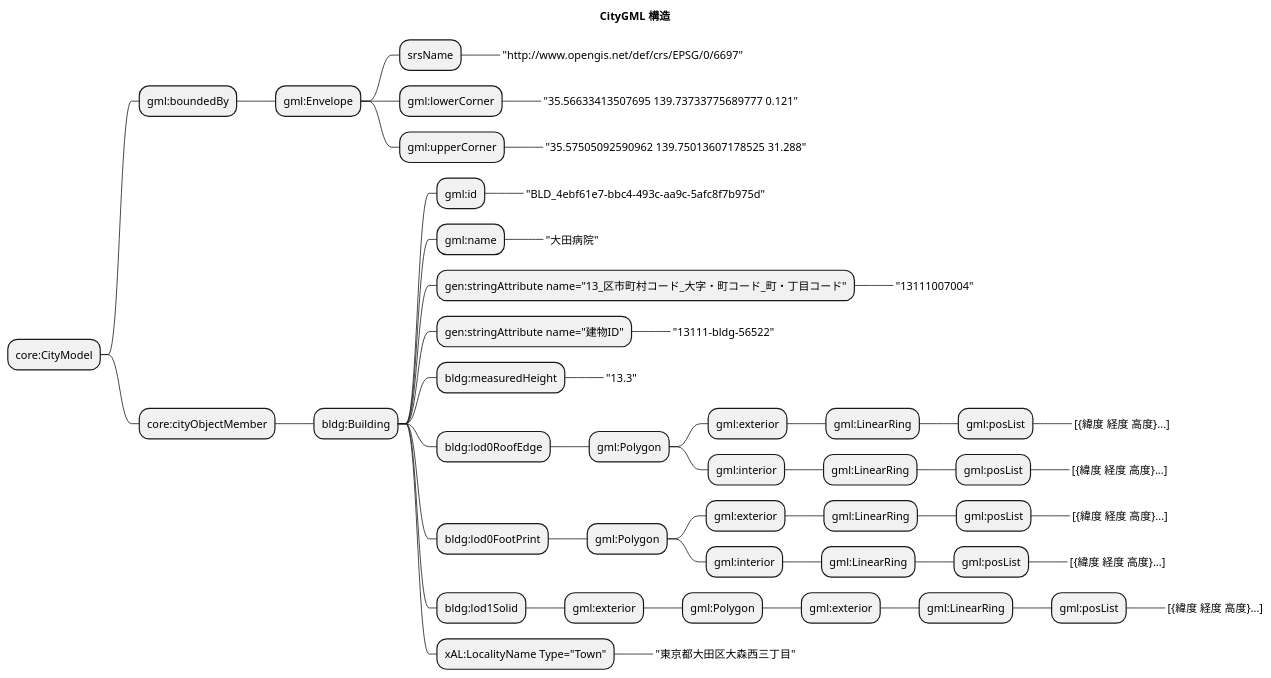
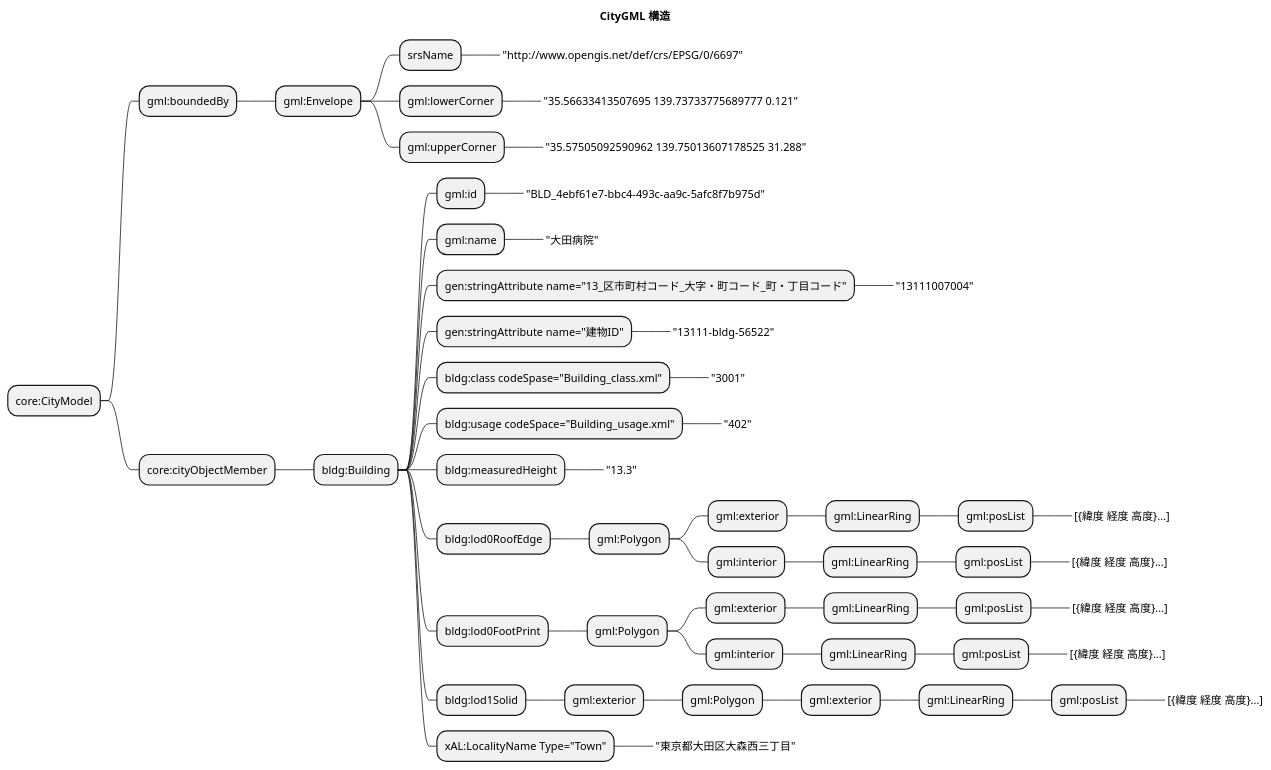
The diagram in doc/citygml/citygml.mind.pu (yuuhayashi/citygml-osm), drawn with PlantUML before and after one commit. The commit also changed 2 other files, not shown here.

```diff
--- a/doc/citygml/citygml.mind.pu
+++ b/doc/citygml/citygml.mind.pu
@@ -1,61 +1,67 @@
 @startmindmap
 title CityGML 構造
 
 * core:CityModel
 ** gml:boundedBy
 *** gml:Envelope
 **** srsName
 *****_ "http://www.opengis.net/def/crs/EPSG/0/6697"
 **** gml:lowerCorner
 *****_ "35.56633413507695 139.73733775689777 0.121"
 **** gml:upperCorner
 *****_ "35.57505092590962 139.75013607178525 31.288"
 
 ** core:cityObjectMember
 *** bldg:Building
 **** gml:id
 *****_ "BLD_4ebf61e7-bbc4-493c-aa9c-5afc8f7b975d"
 **** gml:name
 *****_ "大田病院"
 **** gen:stringAttribute name="13_区市町村コード_大字・町コード_町・丁目コード"
 *****_ "13111007004"
 **** gen:stringAttribute name="建物ID"
 *****_ "13111-bldg-56522"
+
+**** bldg:class codeSpase="Building_class.xml"
+*****_ "3001"
+
+**** bldg:usage codeSpace="Building_usage.xml"
+*****_ "402"
 
 **** bldg:measuredHeight
 *****_ "13.3"
 
 **** bldg:lod0RoofEdge
 ***** gml:Polygon
 ****** gml:exterior
 ******* gml:LinearRing
 ******** gml:posList
 *********_ [{緯度 経度 高度}...]
 ****** gml:interior
 ******* gml:LinearRing
 ******** gml:posList
 *********_ [{緯度 経度 高度}...]
 
 **** bldg:lod0FootPrint
 ***** gml:Polygon
 ****** gml:exterior
 ******* gml:LinearRing
 ******** gml:posList
 *********_ [{緯度 経度 高度}...]
 ****** gml:interior
 ******* gml:LinearRing
 ******** gml:posList
 *********_ [{緯度 経度 高度}...]
 
 **** bldg:lod1Solid
 ***** gml:exterior
 ****** gml:Polygon
 ******* gml:exterior
 ******** gml:LinearRing
 ********* gml:posList
 **********_ [{緯度 経度 高度}...]
 
 **** xAL:LocalityName Type="Town"
 *****_ "東京都大田区大森西三丁目"
 
 @endmindmap
```
